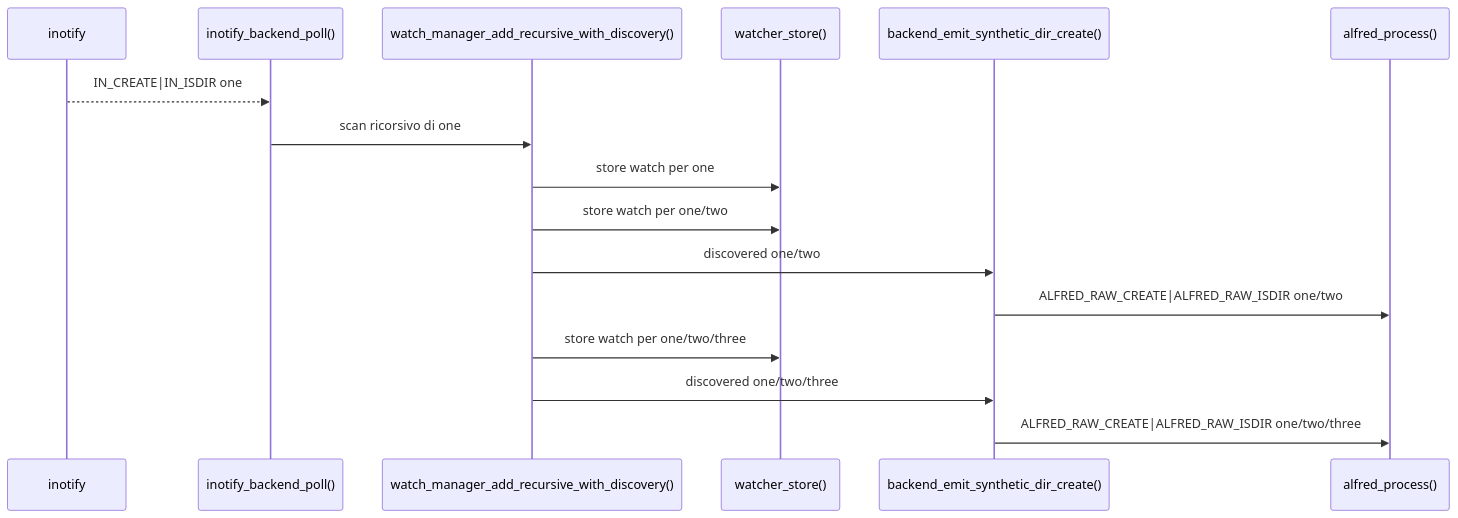
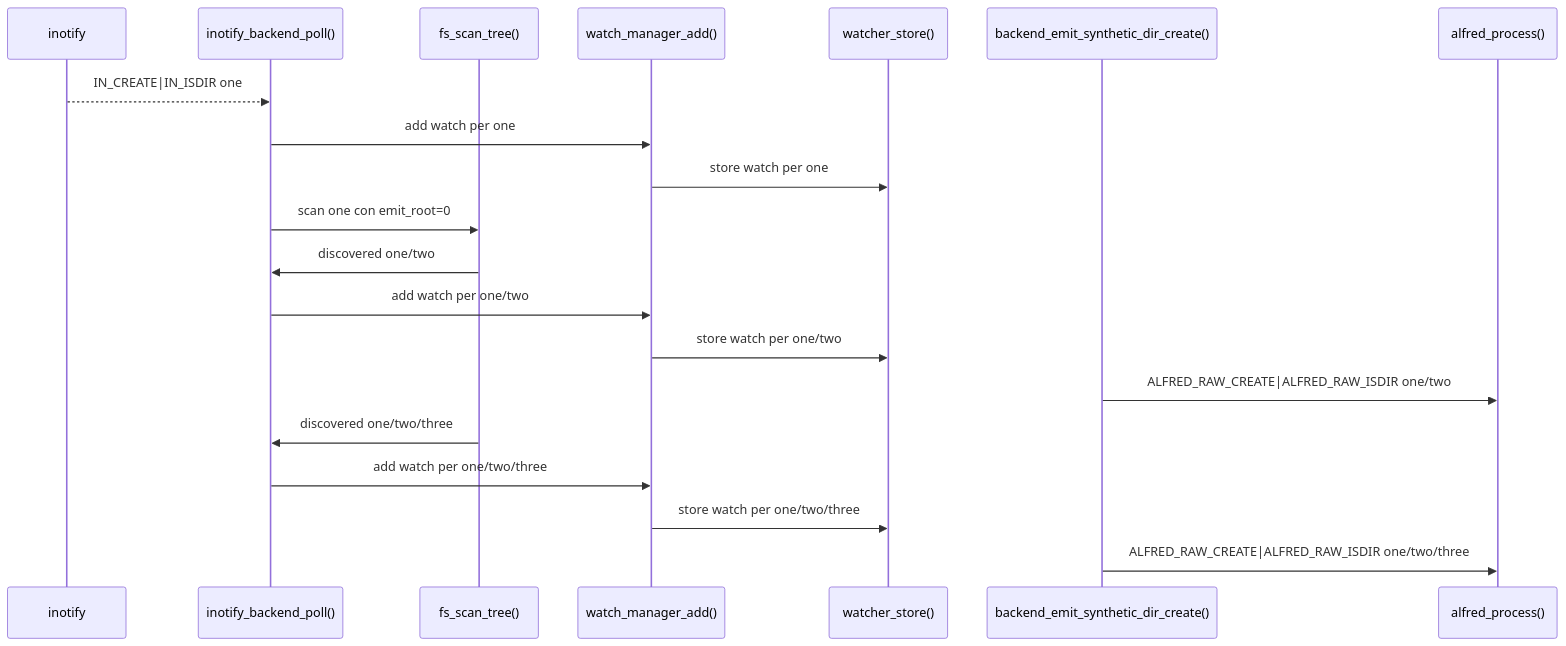
Diagram 14 of 17 in docs/it/16-mappa-codice-e-strutture.md (kinderp/alfred), drawn with Mermaid before and after one commit. The commit also changed other lines of this file and 9 other files, not shown here.

````diff
--- a/docs/it/16-mappa-codice-e-strutture.md
+++ b/docs/it/16-mappa-codice-e-strutture.md
@@ -781,19 +783,23 @@
 ```mermaid
 sequenceDiagram
     participant Kernel as inotify
     participant Backend as inotify_backend_poll()
-    participant Manager as watch_manager_add_recursive_with_discovery()
+    participant Scanner as fs_scan_tree()
+    participant Manager as watch_manager_add()
     participant Table as watcher_store()
     participant Synthetic as backend_emit_synthetic_dir_create()
     participant Core as alfred_process()
 
     Kernel-->>Backend: IN_CREATE|IN_ISDIR one
-    Backend->>Manager: scan ricorsivo di one
+    Backend->>Manager: add watch per one
     Manager->>Table: store watch per one
+    Backend->>Scanner: scan one con emit_root=0
+    Scanner->>Backend: discovered one/two
+    Backend->>Manager: add watch per one/two
     Manager->>Table: store watch per one/two
-    Manager->>Synthetic: discovered one/two
     Synthetic->>Core: ALFRED_RAW_CREATE|ALFRED_RAW_ISDIR one/two
+    Scanner->>Backend: discovered one/two/three
+    Backend->>Manager: add watch per one/two/three
     Manager->>Table: store watch per one/two/three
-    Manager->>Synthetic: discovered one/two/three
     Synthetic->>Core: ALFRED_RAW_CREATE|ALFRED_RAW_ISDIR one/two/three
 ```
````
